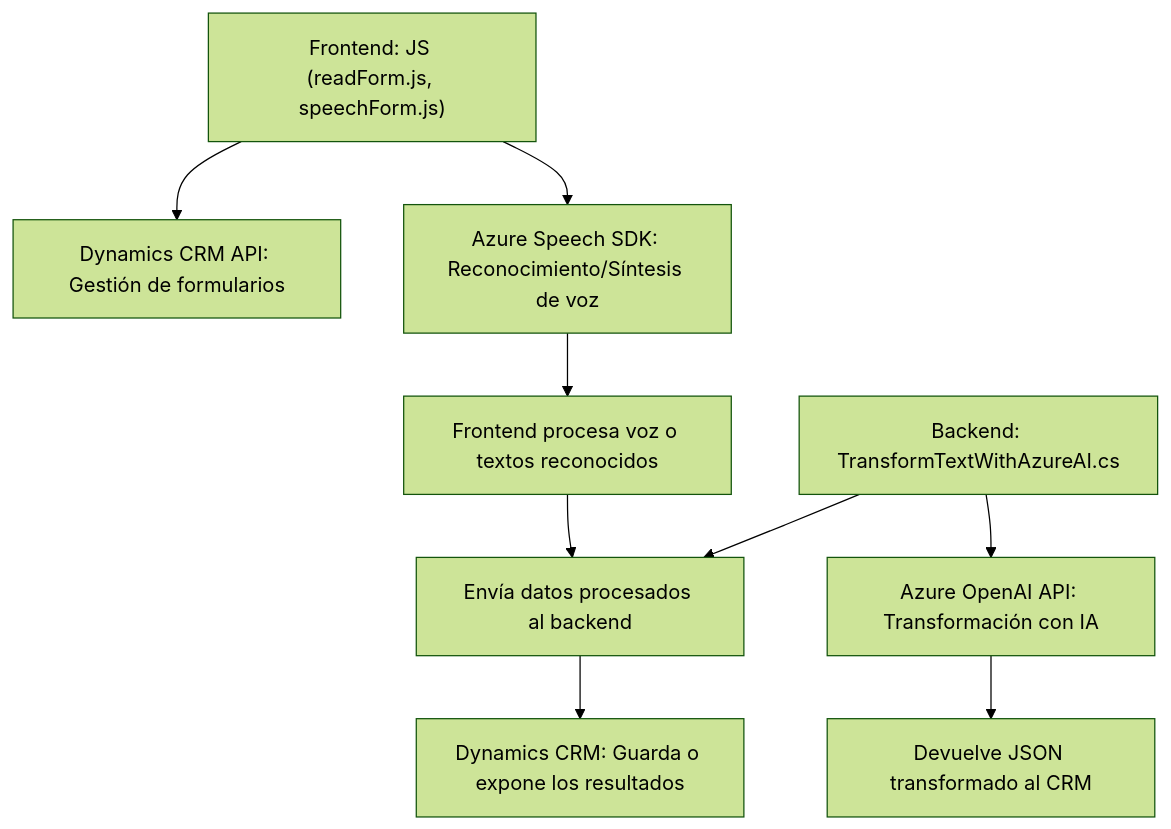
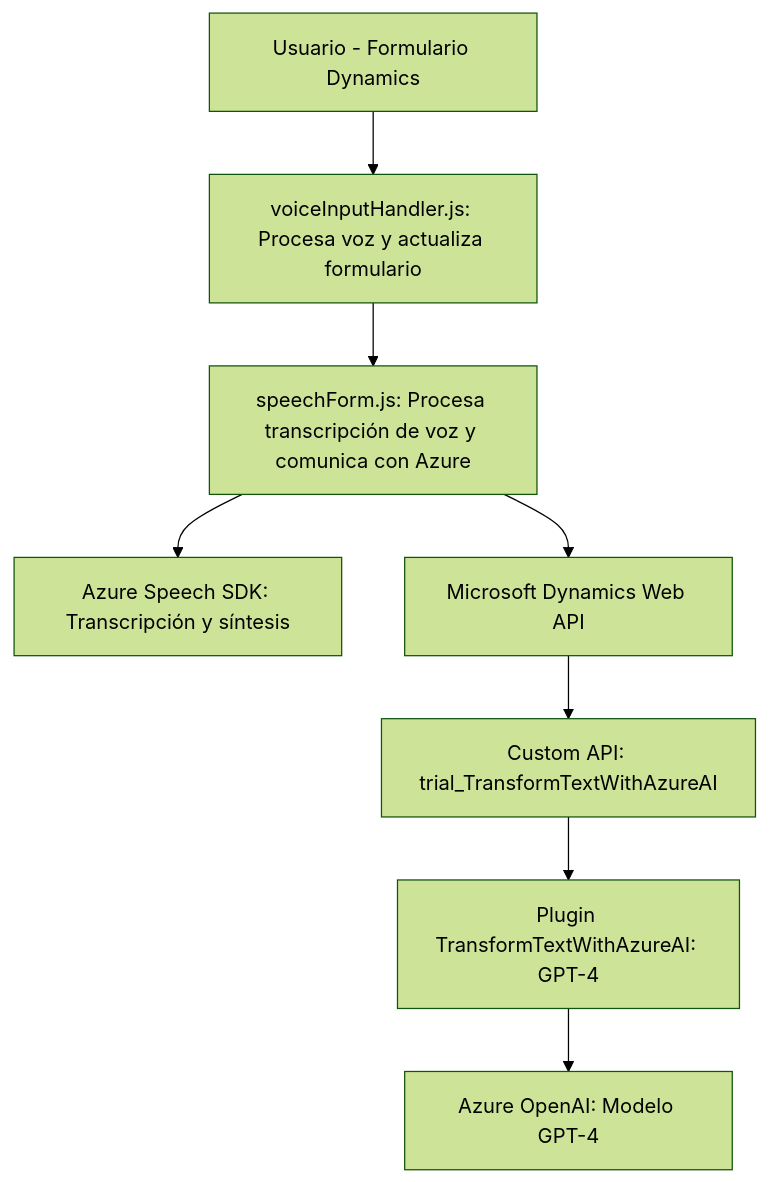
One commit to blopezdm/NETCORE_BILBAO2025 changed the diagram in README.md. Above: the diagram before and after it, drawn with Mermaid (forest theme). The commit also changed other lines of this file, not shown here.

Commit message:
Actualizar análisis global de la solución con IA

````diff
--- a/README.md
+++ b/README.md
@@ -43,13 +43,19 @@
 ```mermaid
 graph TD
-    A["Frontend: JS (readForm.js, speechForm.js)"] --> B["Azure Speech SDK: Reconocimiento/Síntesis de voz"]
-    A --> C["Dynamics CRM API: Gestión de formularios"]
-    B --> D["Frontend procesa voz o textos reconocidos"]
+    A["Usuario - Formulario Dynamics"]
+    B["voiceInputHandler.js: Procesa voz y actualiza formulario"]
+    C["speechForm.js: Procesa transcripción de voz y comunica con Azure"]
+    D["Azure Speech SDK: Transcripción y síntesis"]
+    E["Microsoft Dynamics Web API"]
+    F["Custom API: trial_TransformTextWithAzureAI"]
+    G["Plugin TransformTextWithAzureAI: GPT-4"]
+    H["Azure OpenAI: Modelo GPT-4"]
 
-    E["Backend: TransformTextWithAzureAI.cs"] --> F["Azure OpenAI API: Transformación con IA"]
-    E --> G["Dynamics CRM SDK: Ejecución como plugin"]
-    F --> H["Devuelve JSON transformado al CRM"]
-    D --> G["Envía datos procesados al backend"]
-
-    G --> I["Dynamics CRM: Guarda o expone los resultados"]
+    A --> B
+    B --> C
+    C --> D
+    C --> E
+    E --> F
+    F --> G
+    G --> H
 ```
````
